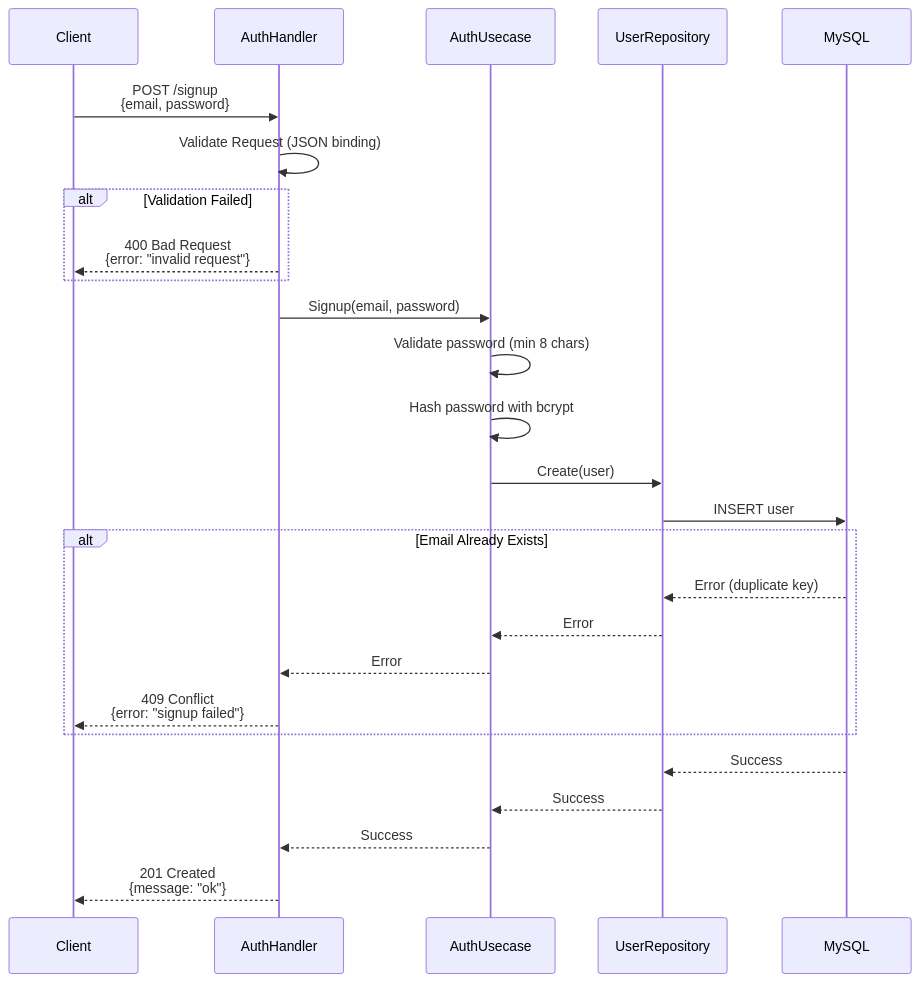
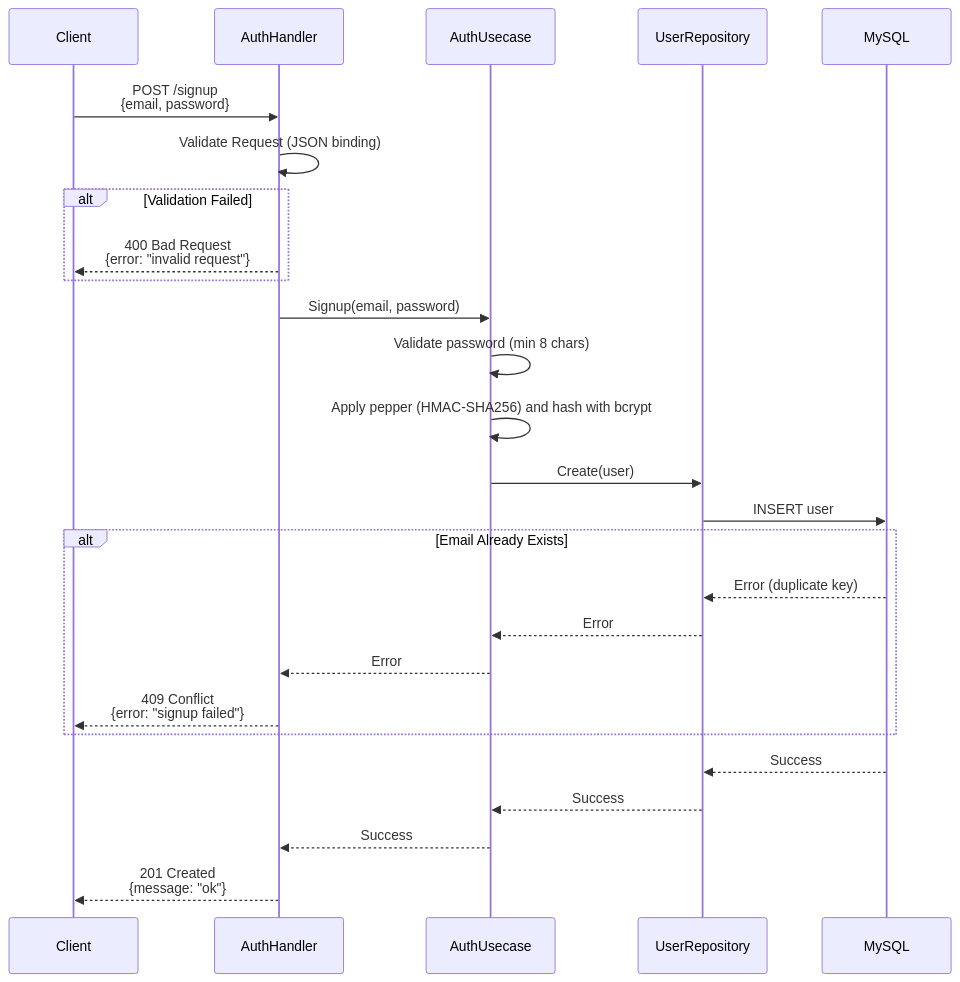
The first of 3 diagrams in internal/feature/auth/README.md (UCHIDAnobuhiro/stock_backend), drawn with Mermaid before and after one commit. The commit also changed other lines of this file and 4 other files, not shown here.

````diff
--- a/internal/feature/auth/README.md
+++ b/internal/feature/auth/README.md
@@ -18,33 +18,33 @@
 ```mermaid
 sequenceDiagram
     participant Client
     participant Handler as AuthHandler
     participant Usecase as AuthUsecase
     participant Repository as UserRepository
     participant DB as MySQL
 
     Client->>Handler: POST /signup<br/>{email, password}
     Handler->>Handler: Validate Request (JSON binding)
 
     alt Validation Failed
         Handler-->>Client: 400 Bad Request<br/>{error: "invalid request"}
     end
 
     Handler->>Usecase: Signup(email, password)
     Usecase->>Usecase: Validate password (min 8 chars)
-    Usecase->>Usecase: Hash password with bcrypt
+    Usecase->>Usecase: Apply pepper (HMAC-SHA256) and hash with bcrypt
     Usecase->>Repository: Create(user)
     Repository->>DB: INSERT user
 
     alt Email Already Exists
         DB-->>Repository: Error (duplicate key)
         Repository-->>Usecase: Error
         Usecase-->>Handler: Error
         Handler-->>Client: 409 Conflict<br/>{error: "signup failed"}
     end
 
     DB-->>Repository: Success
     Repository-->>Usecase: Success
     Usecase-->>Handler: Success
     Handler-->>Client: 201 Created<br/>{message: "ok"}
 ```
````
